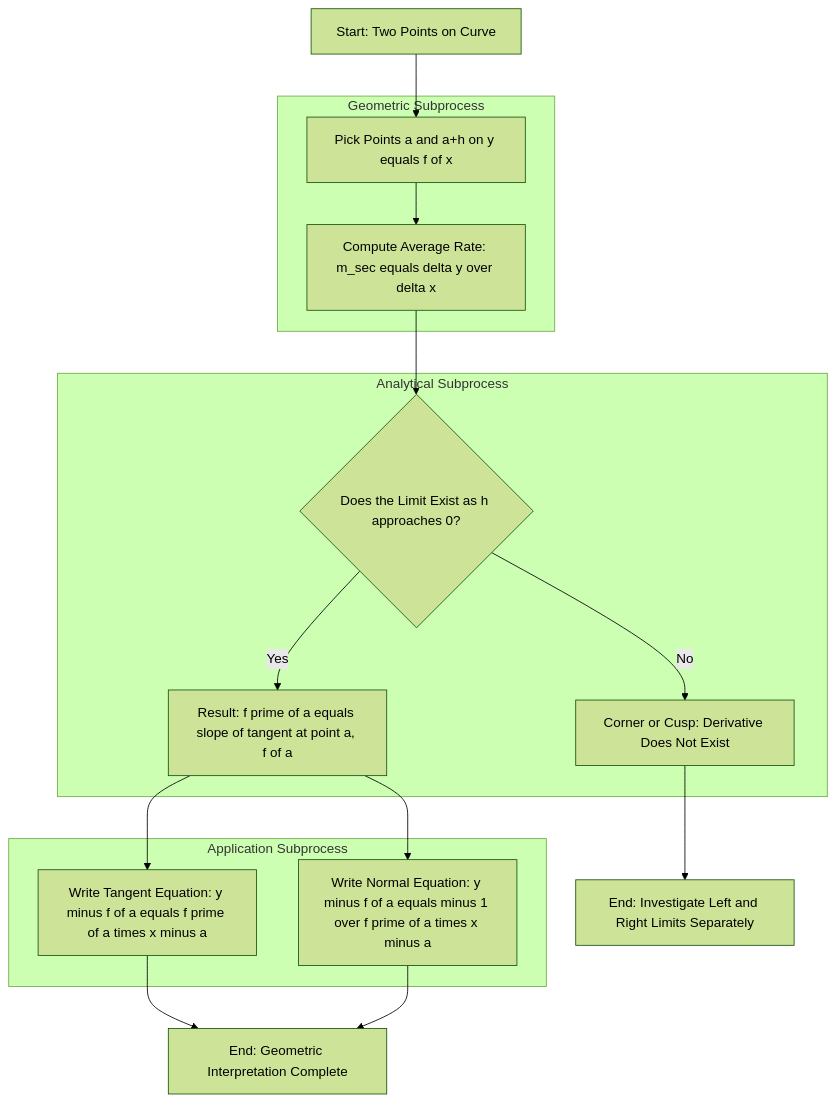
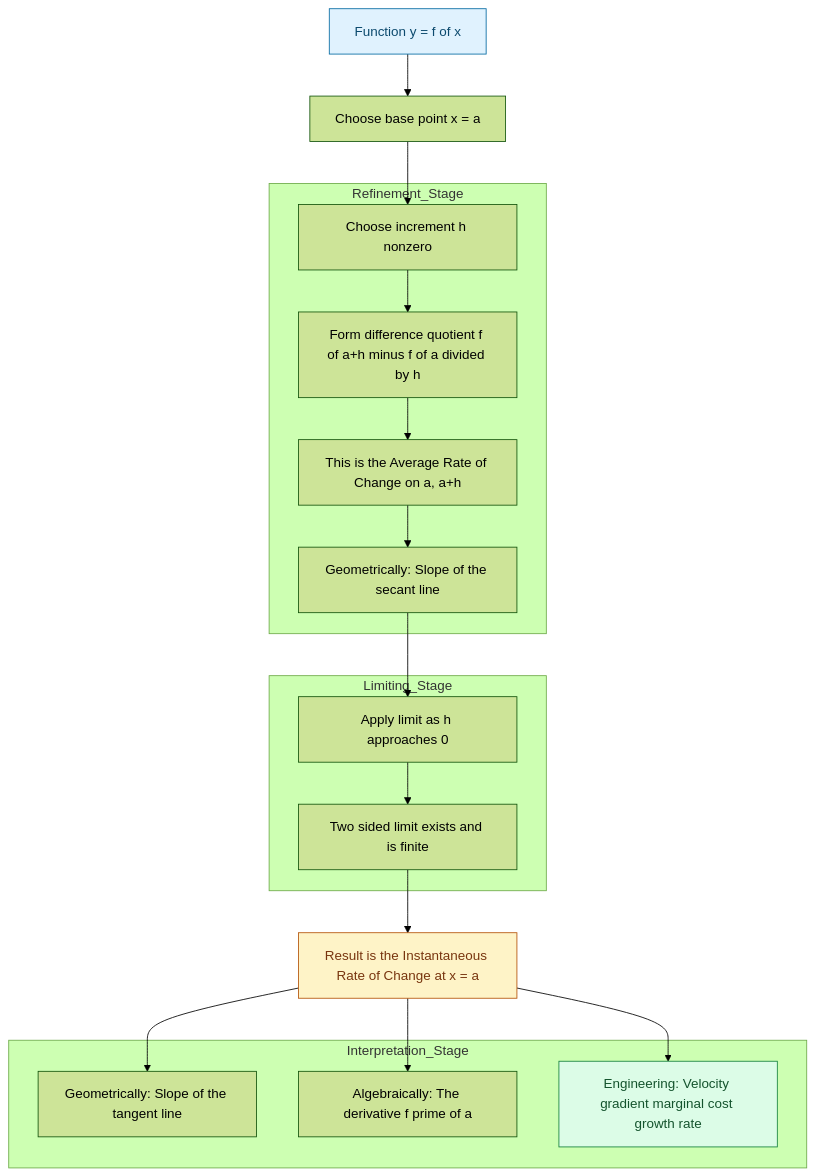
One commit to vishnuu-kr/ktunode changed the first of 2 diagrams in public/notes/computer-science-and-engineering/semester-1/gamat101-mathematics-for-information-science-1/01-module-1-limits-of-function-values/instantaneous-rates-of-change/notes.md. Above: the diagram before and after it, drawn with Mermaid (forest theme). The commit also changed other lines of this file and 4829 other files, not shown here.

````diff
--- a/public/notes/computer-science-and-engineering/semester-1/gamat101-mathematics-for-information-science-1/01-module-1-limits-of-function-values/instantaneous-rates-of-change/notes.md
+++ b/public/notes/computer-science-and-engineering/semester-1/gamat101-mathematics-for-information-science-1/01-module-1-limits-of-function-values/instantaneous-rates-of-change/notes.md
@@ -336,29 +277,36 @@
 ```mermaid
 flowchart TD
-    A[Start: Two Points on Curve] --> B[Pick Points a and a+h on y equals f of x]
-    B --> C[Compute Average Rate: m_sec equals delta y over delta x]
-    C --> D{Does the Limit Exist as h approaches 0?}
-    D -- Yes --> E[Result: f prime of a equals slope of tangent at point a, f of a]
-    D -- No --> F[Corner or Cusp: Derivative Does Not Exist]
-    E --> G[Write Tangent Equation: y minus f of a equals f prime of a times x minus a]
-    E --> H[Write Normal Equation: y minus f of a equals minus 1 over f prime of a times x minus a]
-    G --> I[End: Geometric Interpretation Complete]
-    H --> I
-    F --> J[End: Investigate Left and Right Limits Separately]
+    A["Function y = f of x"] --> B["Choose base point x = a"]
+    B --> C["Choose increment h nonzero"]
+    C --> D["Form difference quotient f of a+h minus f of a divided by h"]
+    D --> E["This is the Average Rate of Change on a, a+h"]
+    E --> F["Geometrically: Slope of the secant line"]
+    F --> G["Apply limit as h approaches 0"]
+    G --> H["Two sided limit exists and is finite"]
+    H --> I["Result is the Instantaneous Rate of Change at x = a"]
+    I --> J["Geometrically: Slope of the tangent line"]
+    I --> K["Algebraically: The derivative f prime of a"]
+    I --> L["Engineering: Velocity gradient marginal cost growth rate"]
 
-    subgraph S1[Geometric Subprocess]
-        B
+    subgraph Refinement_Stage
         C
-    end
-
-    subgraph S2[Analytical Subprocess]
         D
         E
         F
     end
 
-    subgraph S3[Application Subprocess]
+    subgraph Limiting_Stage
         G
         H
     end
+
+    subgraph Interpretation_Stage
+        J
+        K
+        L
+    end
+
+    style A fill:#E0F2FE,stroke:#0369A1,color:#0C4A6E
+    style I fill:#FEF3C7,stroke:#B45309,color:#78350F
+    style L fill:#DCFCE7,stroke:#15803D,color:#14532D
 ```
````
